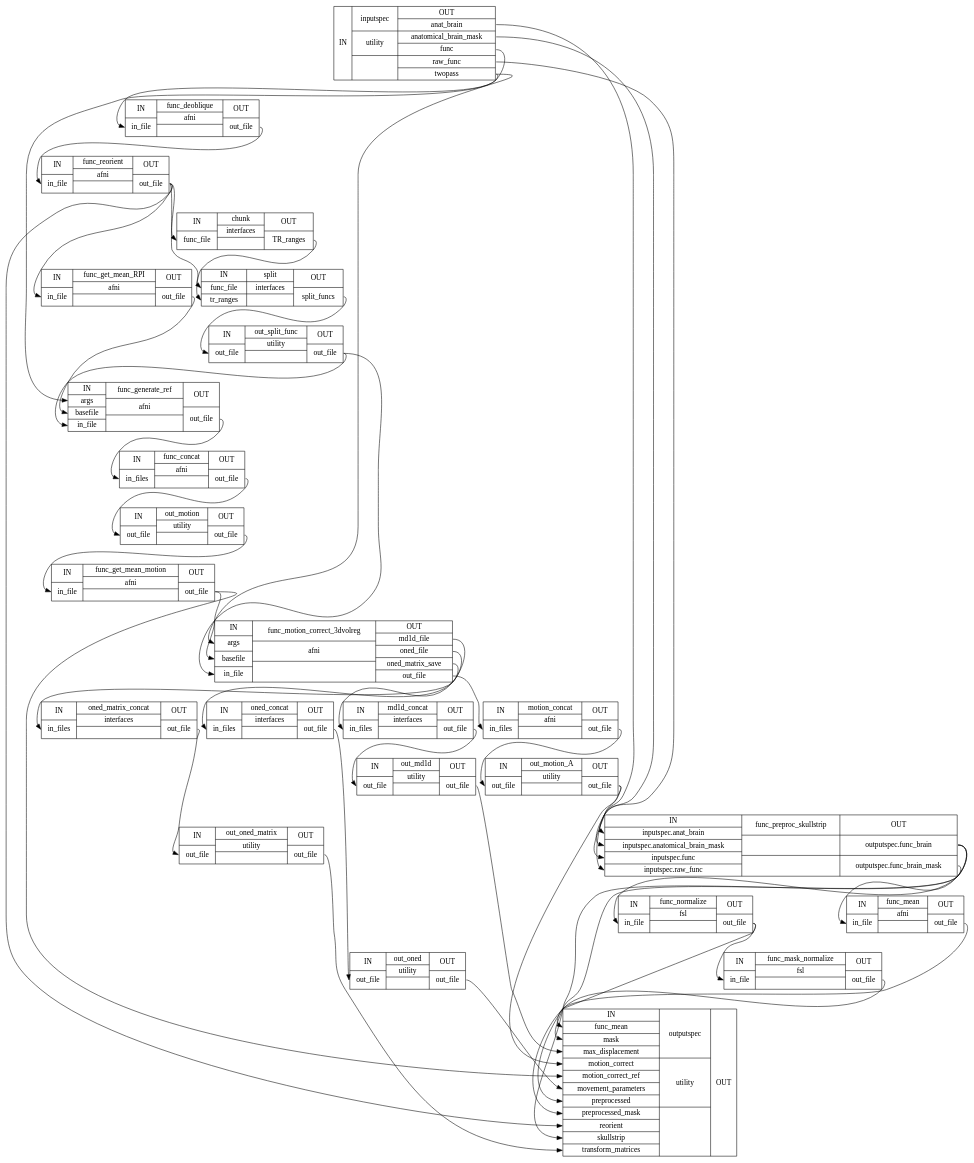
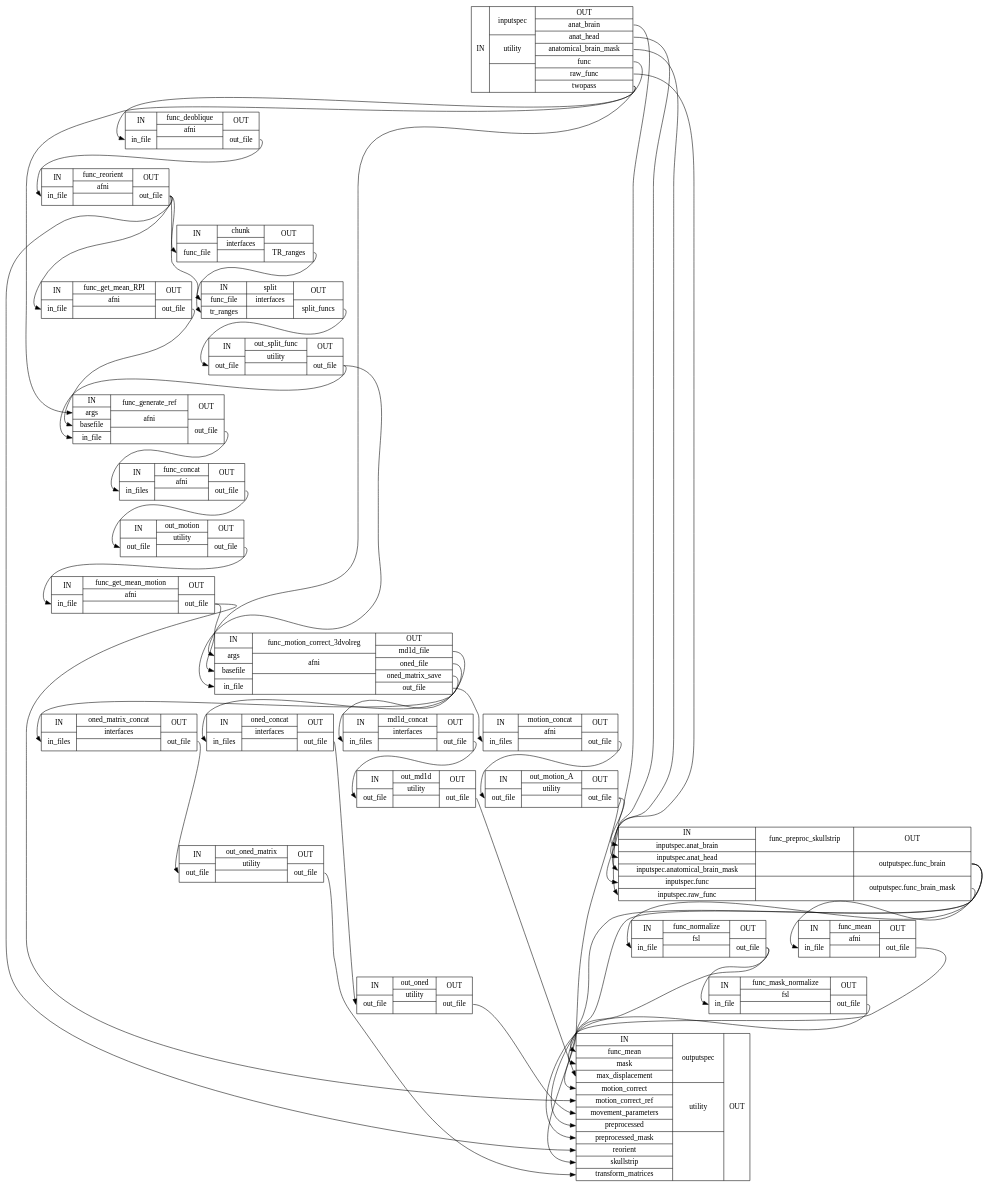
One commit to shnizzedy/fcp-indi.github.com changed the diagram in docs/nightly/developer/workflows/images/generated/func_preproc_detailed.dot. Above: the diagram before and after it, drawn with Graphviz. The commit also changed 152 other files, not shown here.

```diff
--- a/docs/nightly/developer/workflows/images/generated/func_preproc_detailed.dot
+++ b/docs/nightly/developer/workflows/images/generated/func_preproc_detailed.dot
@@ -1,70 +1,71 @@
 digraph structs {
 node [shape=record];
-func_preprocinputspec [label="{IN}|{ inputspec | utility |  }|{OUT|<outanatbrain> anat_brain|<outanatomicalbrainmask> anatomical_brain_mask|<outfunc> func|<outrawfunc> raw_func|<outtwopass> twopass}"];
+func_preprocinputspec [label="{IN}|{ inputspec | utility |  }|{OUT|<outanatbrain> anat_brain|<outanathead> anat_head|<outanatomicalbrainmask> anatomical_brain_mask|<outfunc> func|<outrawfunc> raw_func|<outtwopass> twopass}"];
 func_preprocfunc_deoblique [label="{IN|<ininfile> in_file}|{ func_deoblique | afni |  }|{OUT|<outoutfile> out_file}"];
 func_preprocfunc_reorient [label="{IN|<ininfile> in_file}|{ func_reorient | afni |  }|{OUT|<outoutfile> out_file}"];
 func_preprocfunc_get_mean_RPI [label="{IN|<ininfile> in_file}|{ func_get_mean_RPI | afni |  }|{OUT|<outoutfile> out_file}"];
 func_preprocchunk [label="{IN|<infuncfile> func_file}|{ chunk | interfaces |  }|{OUT|<outTRranges> TR_ranges}"];
 func_preprocsplit [label="{IN|<infuncfile> func_file|<intrranges> tr_ranges}|{ split | interfaces |  }|{OUT|<outsplitfuncs> split_funcs}"];
 func_preprocout_split_func [label="{IN|<inoutfile> out_file}|{ out_split_func | utility |  }|{OUT|<outoutfile> out_file}"];
 func_preprocfunc_generate_ref [label="{IN|<inargs> args|<inbasefile> basefile|<ininfile> in_file}|{ func_generate_ref | afni |  }|{OUT|<outoutfile> out_file}"];
 func_preprocfunc_concat [label="{IN|<ininfiles> in_files}|{ func_concat | afni |  }|{OUT|<outoutfile> out_file}"];
 func_preprocout_motion [label="{IN|<inoutfile> out_file}|{ out_motion | utility |  }|{OUT|<outoutfile> out_file}"];
 func_preprocfunc_get_mean_motion [label="{IN|<ininfile> in_file}|{ func_get_mean_motion | afni |  }|{OUT|<outoutfile> out_file}"];
 func_preprocfunc_motion_correct_3dvolreg [label="{IN|<inargs> args|<inbasefile> basefile|<ininfile> in_file}|{ func_motion_correct_3dvolreg | afni |  }|{OUT|<outmd1dfile> md1d_file|<outonedfile> oned_file|<outonedmatrixsave> oned_matrix_save|<outoutfile> out_file}"];
 func_preproconed_matrix_concat [label="{IN|<ininfiles> in_files}|{ oned_matrix_concat | interfaces |  }|{OUT|<outoutfile> out_file}"];
 func_preprocout_oned_matrix [label="{IN|<inoutfile> out_file}|{ out_oned_matrix | utility |  }|{OUT|<outoutfile> out_file}"];
 func_preproconed_concat [label="{IN|<ininfiles> in_files}|{ oned_concat | interfaces |  }|{OUT|<outoutfile> out_file}"];
 func_preprocout_oned [label="{IN|<inoutfile> out_file}|{ out_oned | utility |  }|{OUT|<outoutfile> out_file}"];
 func_preprocmd1d_concat [label="{IN|<ininfiles> in_files}|{ md1d_concat | interfaces |  }|{OUT|<outoutfile> out_file}"];
 func_preprocout_md1d [label="{IN|<inoutfile> out_file}|{ out_md1d | utility |  }|{OUT|<outoutfile> out_file}"];
 func_preprocmotion_concat [label="{IN|<ininfiles> in_files}|{ motion_concat | afni |  }|{OUT|<outoutfile> out_file}"];
 func_preprocout_motion_A [label="{IN|<inoutfile> out_file}|{ out_motion_A | utility |  }|{OUT|<outoutfile> out_file}"];
-func_preprocfunc_preproc_skullstrip [label="{IN|<ininputspecanatbrain> inputspec.anat_brain|<ininputspecanatomicalbrainmask> inputspec.anatomical_brain_mask|<ininputspecfunc> inputspec.func|<ininputspecrawfunc> inputspec.raw_func}|{ func_preproc_skullstrip |  |  }|{OUT|<outoutputspecfuncbrain> outputspec.func_brain|<outoutputspecfuncbrainmask> outputspec.func_brain_mask}"];
+func_preprocfunc_preproc_skullstrip [label="{IN|<ininputspecanatbrain> inputspec.anat_brain|<ininputspecanathead> inputspec.anat_head|<ininputspecanatomicalbrainmask> inputspec.anatomical_brain_mask|<ininputspecfunc> inputspec.func|<ininputspecrawfunc> inputspec.raw_func}|{ func_preproc_skullstrip |  |  }|{OUT|<outoutputspecfuncbrain> outputspec.func_brain|<outoutputspecfuncbrainmask> outputspec.func_brain_mask}"];
 func_preprocfunc_normalize [label="{IN|<ininfile> in_file}|{ func_normalize | fsl |  }|{OUT|<outoutfile> out_file}"];
 func_preprocfunc_mask_normalize [label="{IN|<ininfile> in_file}|{ func_mask_normalize | fsl |  }|{OUT|<outoutfile> out_file}"];
 func_preprocfunc_mean [label="{IN|<ininfile> in_file}|{ func_mean | afni |  }|{OUT|<outoutfile> out_file}"];
 func_preprocoutputspec [label="{IN|<infuncmean> func_mean|<inmask> mask|<inmaxdisplacement> max_displacement|<inmotioncorrect> motion_correct|<inmotioncorrectref> motion_correct_ref|<inmovementparameters> movement_parameters|<inpreprocessed> preprocessed|<inpreprocessedmask> preprocessed_mask|<inreorient> reorient|<inskullstrip> skullstrip|<intransformmatrices> transform_matrices}|{ outputspec | utility |  }|{OUT}"];
 func_preprocchunk:outTRranges:e -> func_preprocsplit:intrranges:w;
 func_preprocfunc_concat:outoutfile:e -> func_preprocout_motion:inoutfile:w;
 func_preprocfunc_deoblique:outoutfile:e -> func_preprocfunc_reorient:ininfile:w;
 func_preprocfunc_generate_ref:outoutfile:e -> func_preprocfunc_concat:ininfiles:w;
 func_preprocfunc_get_mean_RPI:outoutfile:e -> func_preprocfunc_generate_ref:inbasefile:w;
 func_preprocfunc_get_mean_motion:outoutfile:e -> func_preprocfunc_motion_correct_3dvolreg:inbasefile:w;
 func_preprocfunc_get_mean_motion:outoutfile:e -> func_preprocoutputspec:inmotioncorrectref:w;
 func_preprocfunc_mask_normalize:outoutfile:e -> func_preprocoutputspec:inpreprocessedmask:w;
 func_preprocfunc_mean:outoutfile:e -> func_preprocoutputspec:infuncmean:w;
 func_preprocfunc_motion_correct_3dvolreg:outmd1dfile:e -> func_preprocmd1d_concat:ininfiles:w;
 func_preprocfunc_motion_correct_3dvolreg:outonedfile:e -> func_preproconed_concat:ininfiles:w;
 func_preprocfunc_motion_correct_3dvolreg:outonedmatrixsave:e -> func_preproconed_matrix_concat:ininfiles:w;
 func_preprocfunc_motion_correct_3dvolreg:outoutfile:e -> func_preprocmotion_concat:ininfiles:w;
 func_preprocfunc_normalize:outoutfile:e -> func_preprocfunc_mask_normalize:ininfile:w;
 func_preprocfunc_normalize:outoutfile:e -> func_preprocoutputspec:inpreprocessed:w;
 func_preprocfunc_preproc_skullstrip:outoutputspecfuncbrain:e -> func_preprocfunc_mean:ininfile:w;
 func_preprocfunc_preproc_skullstrip:outoutputspecfuncbrain:e -> func_preprocfunc_normalize:ininfile:w;
 func_preprocfunc_preproc_skullstrip:outoutputspecfuncbrain:e -> func_preprocoutputspec:inskullstrip:w;
 func_preprocfunc_preproc_skullstrip:outoutputspecfuncbrainmask:e -> func_preprocoutputspec:inmask:w;
 func_preprocfunc_reorient:outoutfile:e -> func_preprocchunk:infuncfile:w;
 func_preprocfunc_reorient:outoutfile:e -> func_preprocfunc_get_mean_RPI:ininfile:w;
 func_preprocfunc_reorient:outoutfile:e -> func_preprocoutputspec:inreorient:w;
 func_preprocfunc_reorient:outoutfile:e -> func_preprocsplit:infuncfile:w;
 func_preprocinputspec:outanatbrain:e -> func_preprocfunc_preproc_skullstrip:ininputspecanatbrain:w;
+func_preprocinputspec:outanathead:e -> func_preprocfunc_preproc_skullstrip:ininputspecanathead:w;
 func_preprocinputspec:outanatomicalbrainmask:e -> func_preprocfunc_preproc_skullstrip:ininputspecanatomicalbrainmask:w;
 func_preprocinputspec:outfunc:e -> func_preprocfunc_deoblique:ininfile:w;
 func_preprocinputspec:outrawfunc:e -> func_preprocfunc_preproc_skullstrip:ininputspecrawfunc:w;
 func_preprocinputspec:outtwopass:e -> func_preprocfunc_generate_ref:inargs:w;
 func_preprocinputspec:outtwopass:e -> func_preprocfunc_motion_correct_3dvolreg:inargs:w;
 func_preprocmd1d_concat:outoutfile:e -> func_preprocout_md1d:inoutfile:w;
 func_preprocmotion_concat:outoutfile:e -> func_preprocout_motion_A:inoutfile:w;
 func_preproconed_concat:outoutfile:e -> func_preprocout_oned:inoutfile:w;
 func_preproconed_matrix_concat:outoutfile:e -> func_preprocout_oned_matrix:inoutfile:w;
 func_preprocout_md1d:outoutfile:e -> func_preprocoutputspec:inmaxdisplacement:w;
 func_preprocout_motion:outoutfile:e -> func_preprocfunc_get_mean_motion:ininfile:w;
 func_preprocout_motion_A:outoutfile:e -> func_preprocfunc_preproc_skullstrip:ininputspecfunc:w;
 func_preprocout_motion_A:outoutfile:e -> func_preprocoutputspec:inmotioncorrect:w;
 func_preprocout_oned:outoutfile:e -> func_preprocoutputspec:inmovementparameters:w;
 func_preprocout_oned_matrix:outoutfile:e -> func_preprocoutputspec:intransformmatrices:w;
 func_preprocout_split_func:outoutfile:e -> func_preprocfunc_generate_ref:ininfile:w;
 func_preprocout_split_func:outoutfile:e -> func_preprocfunc_motion_correct_3dvolreg:ininfile:w;
 func_preprocsplit:outsplitfuncs:e -> func_preprocout_split_func:inoutfile:w;
 }
```
